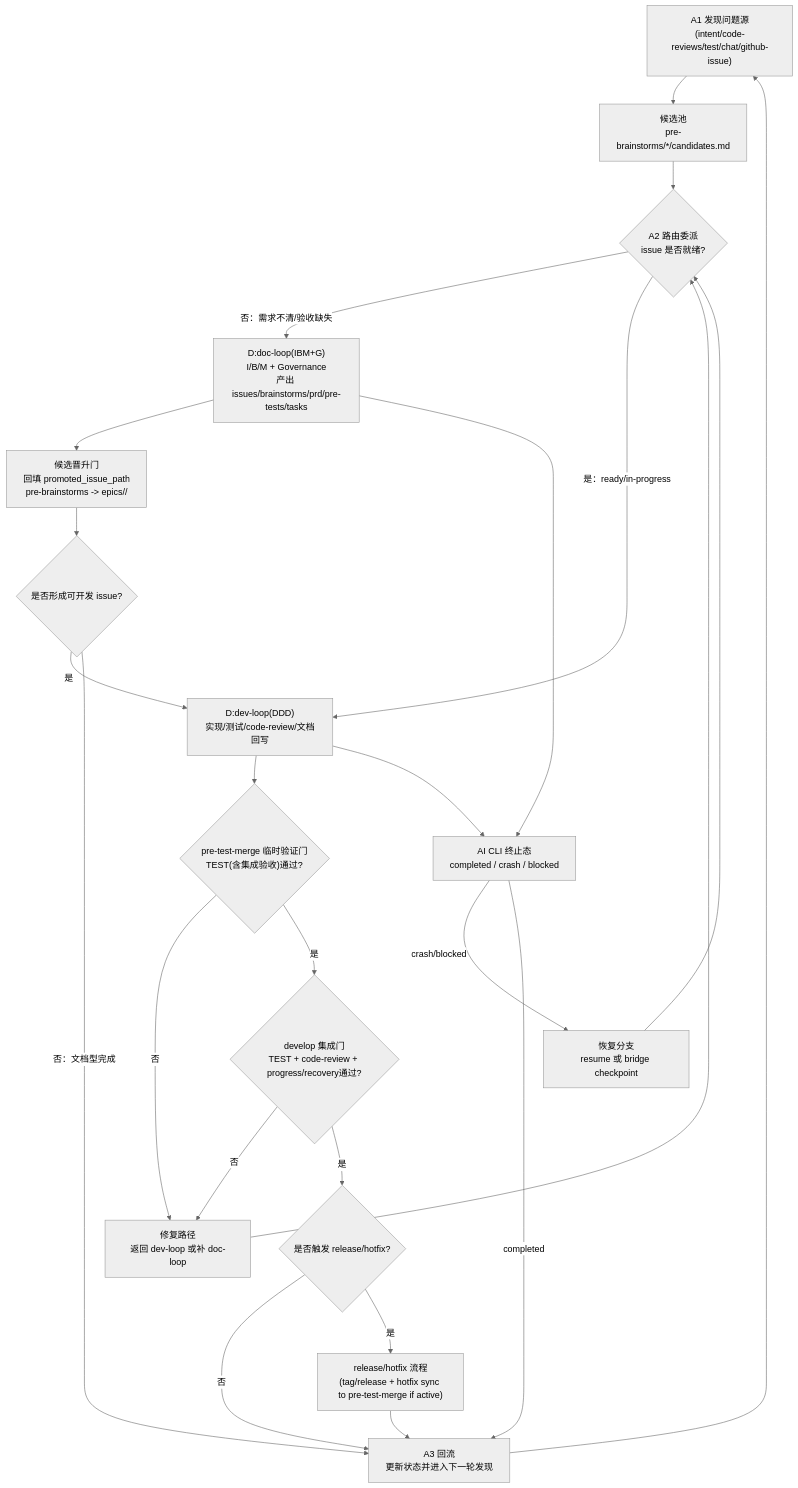
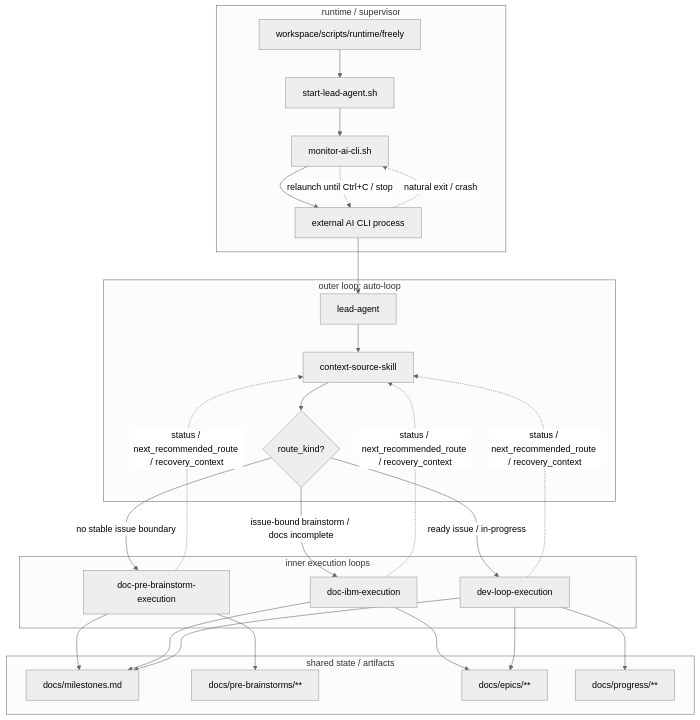
One commit to chatterzhao/freely changed the diagram in docs/PROJECT_INTENT.md. Above: the diagram before and after it, drawn with Mermaid (neutral theme). The commit also changed other lines of this file and 2 other files, not shown here.

````diff
--- a/docs/PROJECT_INTENT.md
+++ b/docs/PROJECT_INTENT.md
@@ -61,43 +60,50 @@
 ```mermaid
 flowchart TD
-    S1["A1 发现问题源\n(intent/code-reviews/test/chat/github-issue)"]
-    S2["候选池\npre-brainstorms/*/candidates.md"]
-    S3{"A2 路由委派\nissue 是否就绪?"}
+    subgraph RT["runtime / supervisor"]
+        R0["workspace/scripts/runtime/freely"]
+        R1["start-lead-agent.sh"]
+        R2["monitor-ai-cli.sh"]
+        R3["external AI CLI process"]
+    end
 
-    D1["D:doc-loop(IBM+G)\nI/B/M + Governance\n产出 issues/brainstorms/prd/pre-tests/tasks"]
-    V1["候选晋升门\n回填 promoted_issue_path\npre-brainstorms -> epics/<epic>/<story>"]
-    J1{"是否形成可开发 issue?"}
+    subgraph OUTER["outer loop: auto-loop"]
+        A0["lead-agent"]
+        A1["context-source-skill"]
+        A2{"route_kind?"}
+    end
 
-    D2["D:dev-loop(DDD)\n实现/测试/code-review/文档回写"]
-    G1{"pre-test-merge 临时验证门\nTEST(含集成验收)通过?"}
-    G2{"develop 集成门\nTEST + code-review + progress/recovery通过?"}
-    F1["修复路径\n返回 dev-loop 或补 doc-loop"]
-    R0{"是否触发 release/hotfix?"}
-    R1["release/hotfix 流程\n(tag/release + hotfix sync to pre-test-merge if active)"]
+    subgraph INNER["inner execution loops"]
+        D0["doc-pre-brainstorm-execution"]
+        D1["doc-ibm-execution"]
+        D2["dev-loop-execution"]
+    end
 
-    A3["A3 回流\n更新状态并进入下一轮发现"]
-    X1["AI CLI 终止态\ncompleted / crash / blocked"]
-    RC["恢复分支\nresume 或 bridge checkpoint"]
+    subgraph STATE["shared state / artifacts"]
+        S0["docs/milestones.md"]
+        S1["docs/pre-brainstorms/**"]
+        S2["docs/epics/**"]
+        S3["docs/progress/**"]
+    end
 
-    S1 --> S2 --> S3
-    S3 -->|"否：需求不清/验收缺失"| D1
-    S3 -->|"是：ready/in-progress"| D2
-    D1 --> V1 --> J1
-    J1 -->|"是"| D2
-    J1 -->|"否：文档型完成"| A3
+    R0 --> R1 --> R2 --> R3
+    R3 --> A0 --> A1 --> A2
 
-    D2 --> G1
-    G1 -->|"否"| F1
-    G1 -->|"是"| G2
-    G2 -->|"否"| F1
-    G2 -->|"是"| R0
-    F1 --> S3
-    R0 -->|"否"| A3
-    R0 -->|"是"| R1 --> A3
-    A3 --> S1
+    A2 -->|"no stable issue boundary"| D0
+    A2 -->|"issue-bound brainstorm / docs incomplete"| D1
+    A2 -->|"ready issue / in-progress"| D2
 
-    D1 --> X1
-    D2 --> X1
-    X1 -->|"crash/blocked"| RC --> S3
-    X1 -->|"completed"| A3
+    D0 --> S0
+    D0 --> S1
+    D1 --> S0
+    D1 --> S2
+    D2 --> S0
+    D2 --> S2
+    D2 --> S3
+
+    D0 -. "status / next_recommended_route / recovery_context" .-> A1
+    D1 -. "status / next_recommended_route / recovery_context" .-> A1
+    D2 -. "status / next_recommended_route / recovery_context" .-> A1
+
+    R3 -. "natural exit / crash" .-> R2
+    R2 -. "relaunch until Ctrl+C / stop" .-> R3
 ```
````
